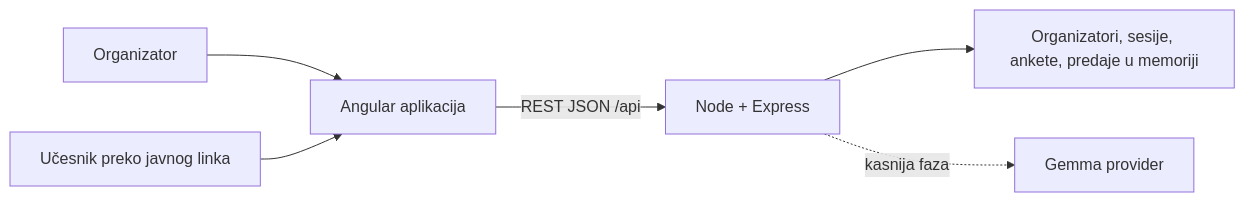
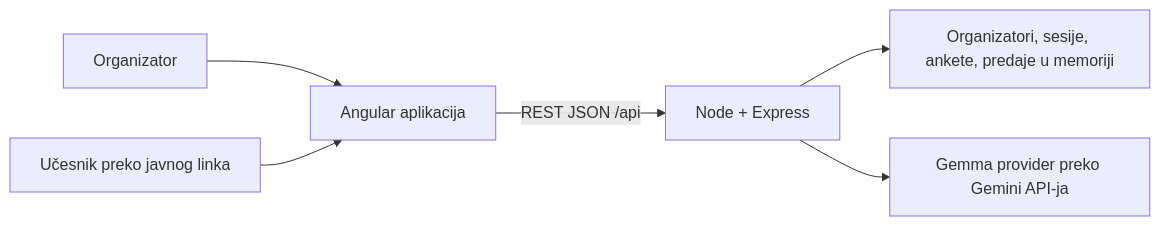
One commit to aleksandar-stefanovic-2203/EchoBench changed the diagram in plan-hakaton/plan.md. Above: the diagram before and after it, drawn with Mermaid. The commit also changed other lines of this file and 17 other files, not shown here.

````diff
--- a/plan-hakaton/plan.md
+++ b/plan-hakaton/plan.md
@@ -47,8 +47,8 @@
 ```mermaid
 flowchart LR
     O[Organizator] --> A[Angular aplikacija]
     U[Učesnik preko javnog linka] --> A
     A -->|REST JSON /api| B[Node + Express]
     B --> M[Organizatori, sesije, ankete, predaje u memoriji]
-    B -. kasnija faza .-> G[Gemma provider]
+    B --> G[Gemma provider preko Gemini API-ja]
 ```
````
